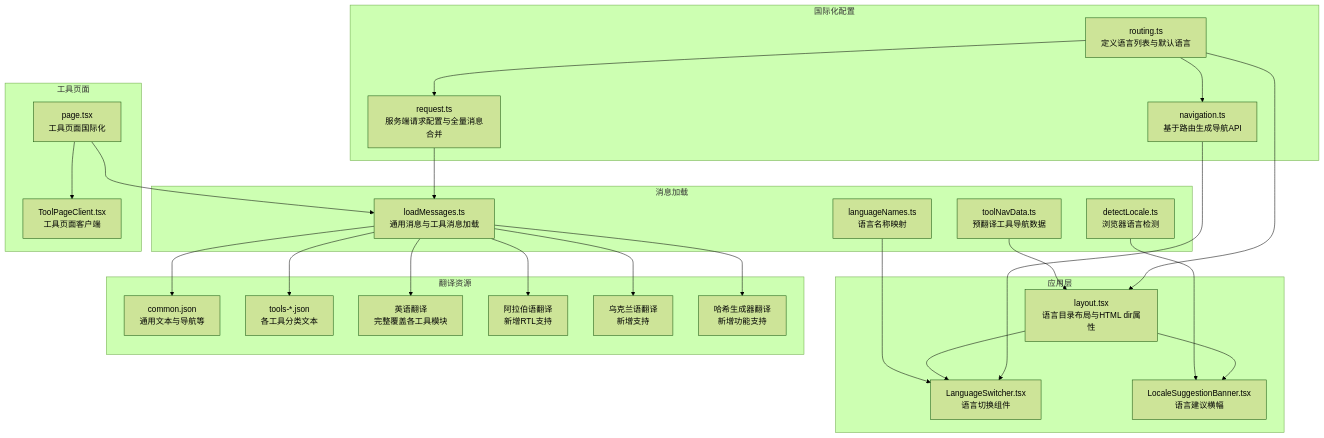
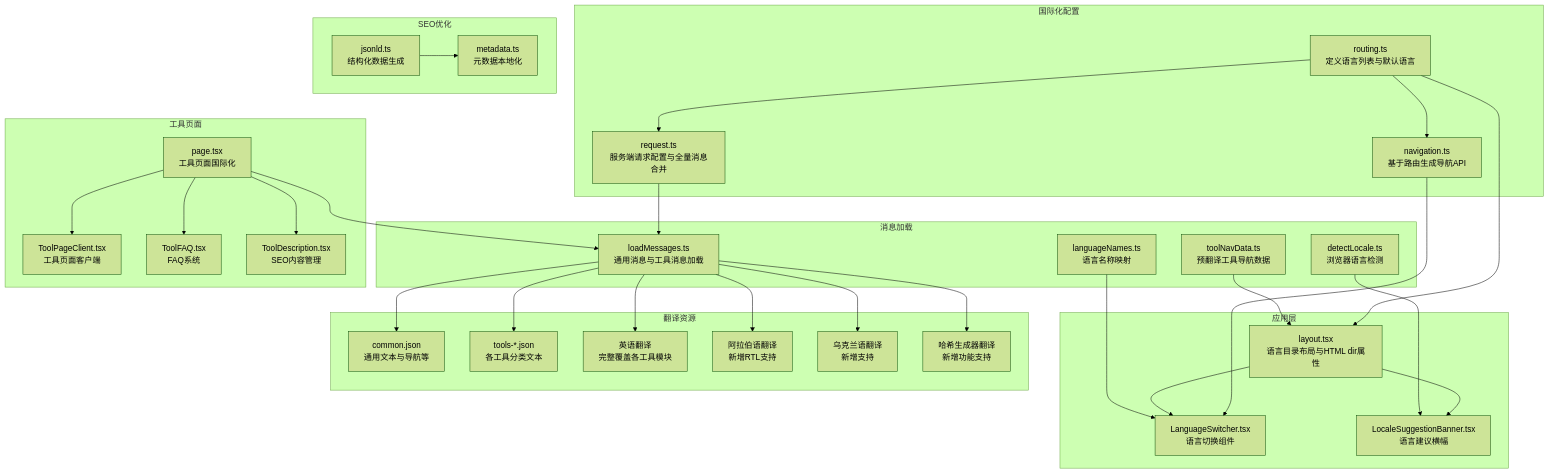
One commit to sgyy/privadeck changed the first of 11 diagrams in .qoder/repowiki/zh/content/国际化系统.md. Above: the diagram before and after it, drawn with Mermaid (forest theme). The commit also changed other lines of this file and 7 other files, not shown here.

````diff
--- a/.qoder/repowiki/zh/content/国际化系统.md
+++ b/.qoder/repowiki/zh/content/国际化系统.md
@@ -72,49 +70,58 @@
 ```mermaid
 graph TB
 subgraph "国际化配置"
 RT["routing.ts<br/>定义语言列表与默认语言"]
 NAV["navigation.ts<br/>基于路由生成导航API"]
 REQ["request.ts<br/>服务端请求配置与全量消息合并"]
 end
 subgraph "应用层"
 LAYOUT["layout.tsx<br/>语言目录布局与HTML dir属性"]
 SWITCH["LanguageSwitcher.tsx<br/>语言切换组件"]
 BANNER["LocaleSuggestionBanner.tsx<br/>语言建议横幅"]
 end
 subgraph "消息加载"
 LOAD["loadMessages.ts<br/>通用消息与工具消息加载"]
 TOOLNAV["toolNavData.ts<br/>预翻译工具导航数据"]
 DETECT["detectLocale.ts<br/>浏览器语言检测"]
 NAMES["languageNames.ts<br/>语言名称映射"]
 end
 subgraph "工具页面"
 TOOLPAGE["page.tsx<br/>工具页面国际化"]
 CLIENT["ToolPageClient.tsx<br/>工具页面客户端"]
+FAQ["ToolFAQ.tsx<br/>FAQ系统"]
+DESCRIPTION["ToolDescription.tsx<br/>SEO内容管理"]
+end
+subgraph "SEO优化"
+JSONLD["jsonld.ts<br/>结构化数据生成"]
+METADATA["metadata.ts<br/>元数据本地化"]
 end
 subgraph "翻译资源"
 COMMON["common.json<br/>通用文本与导航等"]
 TOOLS["tools-*.json<br/>各工具分类文本"]
 EN["英语翻译<br/>完整覆盖各工具模块"]
 AR["阿拉伯语翻译<br/>新增RTL支持"]
 UK["乌克兰语翻译<br/>新增支持"]
 HASH["哈希生成器翻译<br/>新增功能支持"]
 end
 RT --> NAV
 RT --> REQ
 RT --> LAYOUT
 NAV --> SWITCH
 LAYOUT --> SWITCH
 LAYOUT --> BANNER
 REQ --> LOAD
 LOAD --> COMMON
 LOAD --> TOOLS
 LOAD --> EN
 LOAD --> AR
 LOAD --> UK
 LOAD --> HASH
 TOOLNAV --> LAYOUT
 DETECT --> BANNER
 NAMES --> SWITCH
 TOOLPAGE --> LOAD
 TOOLPAGE --> CLIENT
+TOOLPAGE --> FAQ
+TOOLPAGE --> DESCRIPTION
+JSONLD --> METADATA
 ```
````
